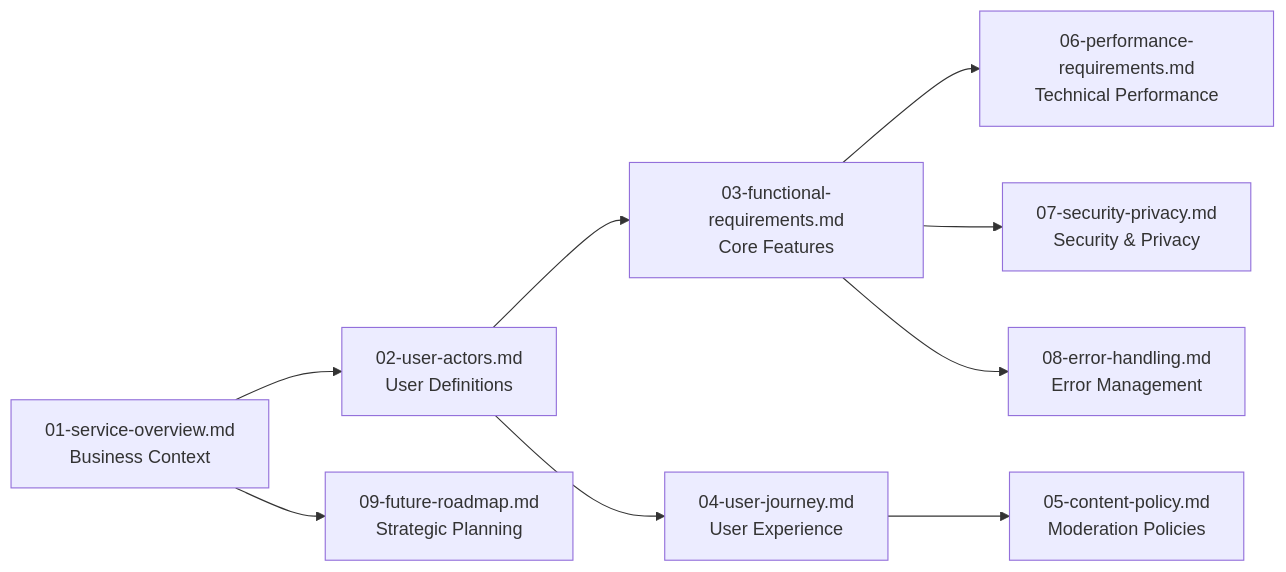
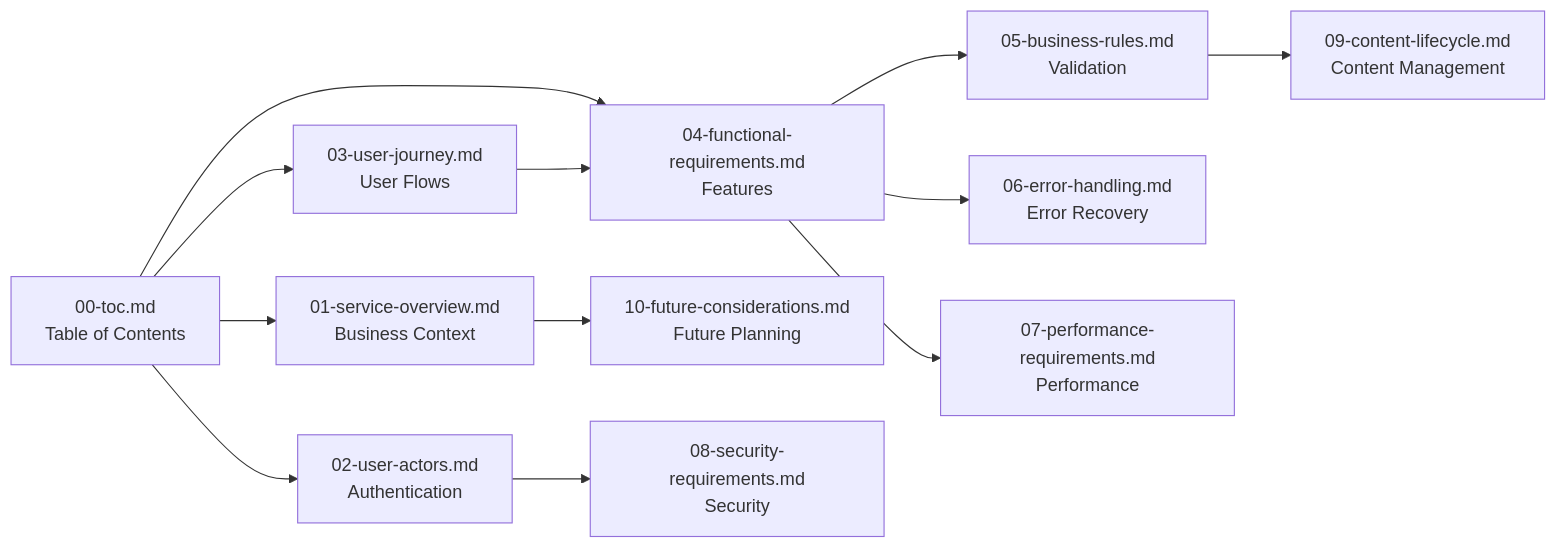
One commit to wrtnlabs/autobe-examples changed the diagram in deepseek/deepseek-v3.1-terminus-exacto/bbs/docs/analysis/00-toc.md. Above: the diagram before and after it, drawn with Mermaid. The commit also changed other lines of this file and 3569 other files, not shown here.

````diff
--- a/deepseek/deepseek-v3.1-terminus-exacto/bbs/docs/analysis/00-toc.md
+++ b/deepseek/deepseek-v3.1-terminus-exacto/bbs/docs/analysis/00-toc.md
@@ -136,11 +58,15 @@
 ```mermaid
 graph LR
-    A["01-service-overview.md<br/>Business Context"] --> B["02-user-actors.md<br/>User Definitions"]
-    B --> C["03-functional-requirements.md<br/>Core Features"]
-    B --> D["04-user-journey.md<br/>User Experience"]
-    C --> E["06-performance-requirements.md<br/>Technical Performance"]
-    C --> F["07-security-privacy.md<br/>Security & Privacy"]
-    D --> G["05-content-policy.md<br/>Moderation Policies"]
-    C --> H["08-error-handling.md<br/>Error Management"]
-    A --> I["09-future-roadmap.md<br/>Strategic Planning"]
+    A["00-toc.md<br/>Table of Contents"] --> B["01-service-overview.md<br/>Business Context"]
+    A --> C["02-user-actors.md<br/>Authentication"]
+    A --> D["03-user-journey.md<br/>User Flows"]
+    A --> E["04-functional-requirements.md<br/>Features"]
+    
+    B --> F["10-future-considerations.md<br/>Future Planning"]
+    C --> G["08-security-requirements.md<br/>Security"]
+    D --> E
+    E --> H["05-business-rules.md<br/>Validation"]
+    E --> I["06-error-handling.md<br/>Error Recovery"]
+    E --> J["07-performance-requirements.md<br/>Performance"]
+    H --> K["09-content-lifecycle.md<br/>Content Management"]
 ```
````
